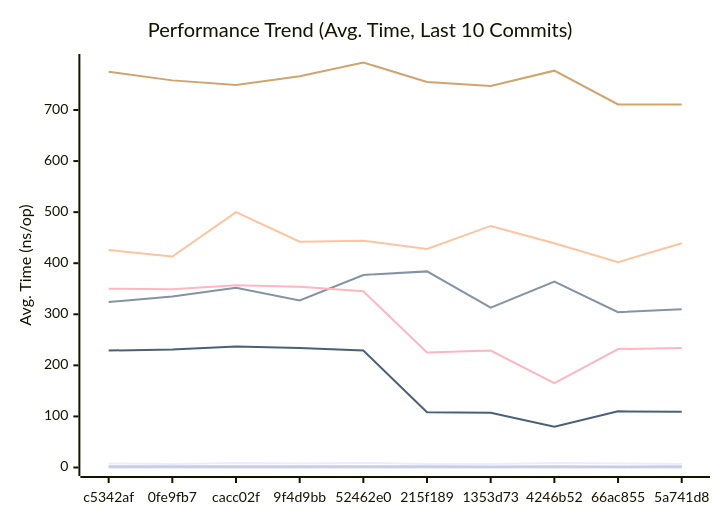
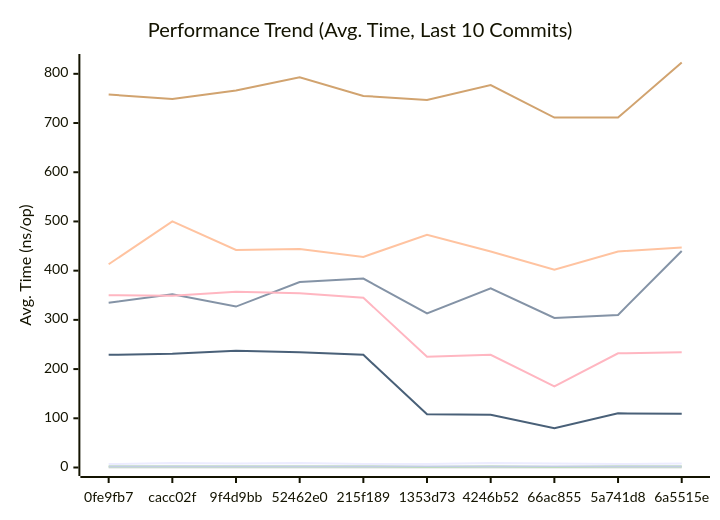
One commit to alsotoes/momo changed the first of 3 diagrams in docs/PERFORMANCE.md. Above: the diagram before and after it, drawn with Mermaid. The commit also changed other lines of this file and 2 other files, not shown here.

````diff
--- a/docs/PERFORMANCE.md
+++ b/docs/PERFORMANCE.md
@@ -80,16 +80,16 @@
 ```mermaid
 xychart-beta
     title "Performance Trend (Avg. Time, Last 10 Commits)"
     x-axis "Commit"
     y-axis "Avg. Time (ns/op)"
-    x-axis [c5342af,0fe9fb7,cacc02f,9f4d9bb,52462e0,215f189,1353d73,4246b52,66ac855,5a741d8]
-    line "CheckMetricsAndSwap" [8,7,9,8,9,7,7,9,8,7]
-    line "CrushOptimized" [324,335,352,327,377,384,313,364,304,310]
-    line "CrushOriginal" [426,413,500,442,444,428,473,439,402,439]
+    x-axis [0fe9fb7,cacc02f,9f4d9bb,52462e0,215f189,1353d73,4246b52,66ac855,5a741d8,6a5515e]
+    line "CheckMetricsAndSwap" [7,9,8,9,7,7,9,8,7,8]
+    line "CrushOptimized" [335,352,327,377,384,313,364,304,310,440]
+    line "CrushOriginal" [413,500,442,444,428,473,439,402,439,447]
     line "IndexDirectTracking" [0,0,0,0,0,0,0,0,0,0]
-    line "IndexSearch" [2,2,2,2,2,2,1,2,1,2]
-    line "LoadGlobalConfig" [775,758,749,766,793,755,747,777,711,711]
+    line "IndexSearch" [2,2,2,2,2,1,2,1,2,2]
+    line "LoadGlobalConfig" [758,749,766,793,755,747,777,711,711,823]
     line "PadString" [2,2,2,2,2,2,2,2,2,2]
     line "ParseReplicationOrder_NoPrealloc" [350,349,357,354,345,225,229,165,232,234]
     line "ParseReplicationOrder_Prealloc" [229,231,237,234,229,108,107,80,110,109]
 ```
````
